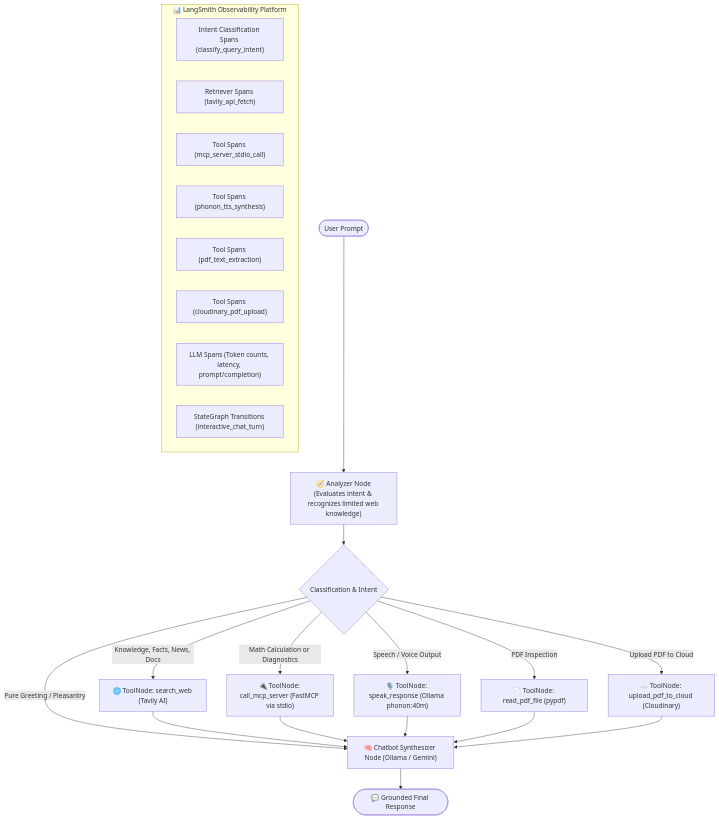
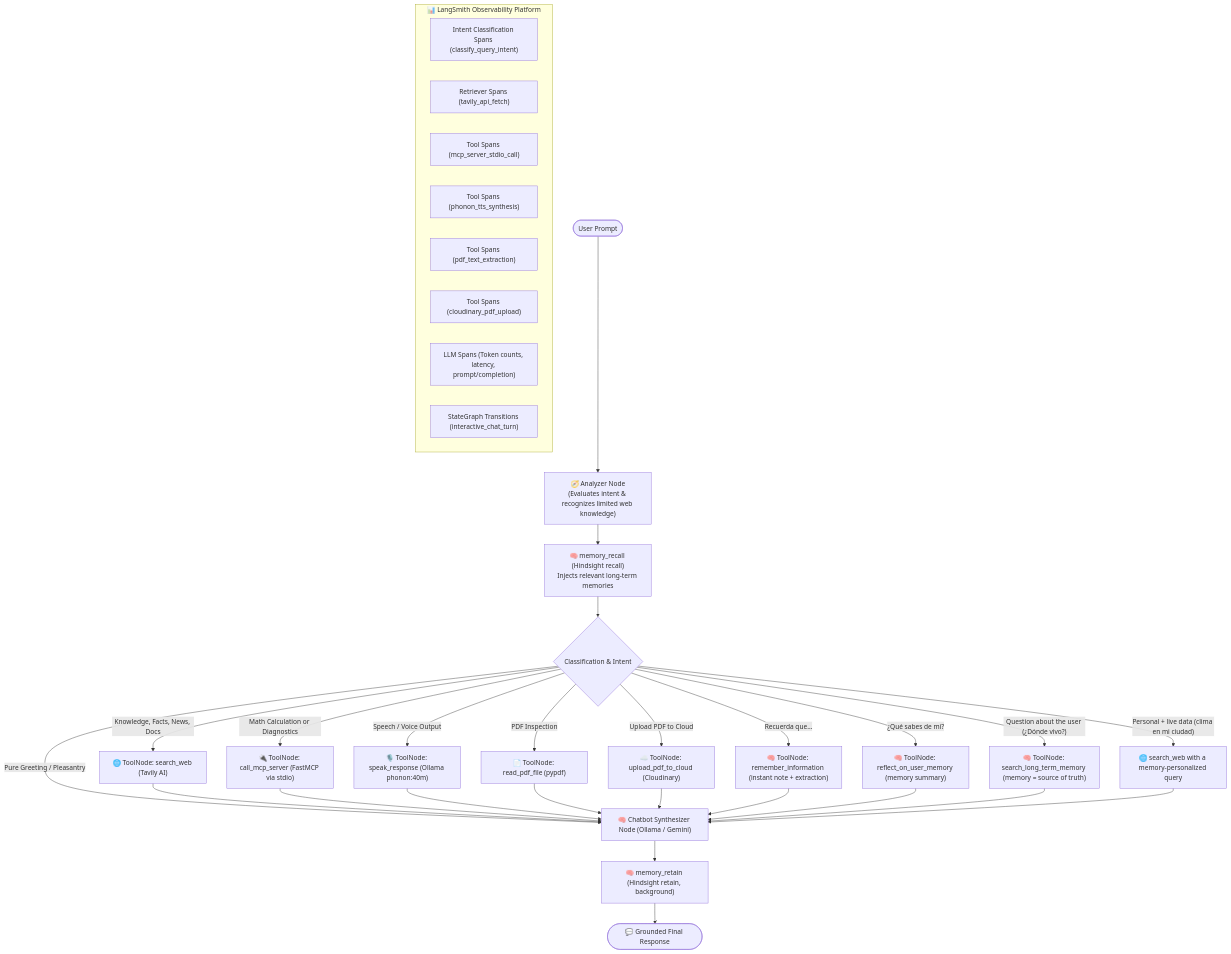
The diagram in README.md (maibarra0904/langchain-app), drawn with Mermaid before and after one commit. The commit also changed other lines of this file and 15 other files, not shown here.

Commit message:
feat(memory): integrate Hindsight long-term memory, session service, and test suite

````diff
--- a/README.md
+++ b/README.md
@@ -19,32 +20,42 @@
 ```mermaid
 flowchart TD
     START([User Prompt]) --> Analyzer["🧭 Analyzer Node\n(Evaluates intent & recognizes limited web knowledge)"]
 
-    Analyzer --> Decision{Classification & Intent}
+    Analyzer --> Recall["🧠 memory_recall (Hindsight recall)\nInjects relevant long-term memories"]
+    Recall --> Decision{Classification & Intent}
 
     Decision -->|Knowledge, Facts, News, Docs| ToolTavily["🌐 ToolNode: search_web (Tavily AI)"]
     Decision -->|Math Calculation or Diagnostics| ToolMCP["🔌 ToolNode: call_mcp_server (FastMCP via stdio)"]
     Decision -->|Speech / Voice Output| ToolVoice["🎙️ ToolNode: speak_response (Ollama phonon:40m)"]
     Decision -->|PDF Inspection| ToolPDF["📄 ToolNode: read_pdf_file (pypdf)"]
     Decision -->|Upload PDF to Cloud| ToolCloud["☁️ ToolNode: upload_pdf_to_cloud (Cloudinary)"]
+    Decision -->|"Recuerda que..."| ToolRemember["🧠 ToolNode: remember_information (instant note + extraction)"]
+    Decision -->|"¿Qué sabes de mí?"| ToolReflect["🧠 ToolNode: reflect_on_user_memory (memory summary)"]
+    Decision -->|"Question about the user (¿Dónde vivo?)"| ToolMemory["🧠 ToolNode: search_long_term_memory (memory = source of truth)"]
+    Decision -->|"Personal + live data (clima en mi ciudad)"| ToolPersonalWeb["🌐 search_web with a memory-personalized query"]
     Decision -->|Pure Greeting / Pleasantry| Chatbot["🧠 Chatbot Synthesizer Node (Ollama / Gemini)"]
 
     ToolTavily --> Chatbot
     ToolMCP --> Chatbot
     ToolVoice --> Chatbot
     ToolPDF --> Chatbot
     ToolCloud --> Chatbot
+    ToolRemember --> Chatbot
+    ToolReflect --> Chatbot
+    ToolMemory --> Chatbot
+    ToolPersonalWeb --> Chatbot
 
-    Chatbot --> END([💬 Grounded Final Response])
+    Chatbot --> Retain["🧠 memory_retain (Hindsight retain, background)"]
+    Retain --> END([💬 Grounded Final Response])
 
     subgraph Observability ["📊 LangSmith Observability Platform"]
         AnalyzerSpan["Intent Classification Spans (classify_query_intent)"]
         TavilySpan["Retriever Spans (tavily_api_fetch)"]
         MCPToolSpan["Tool Spans (mcp_server_stdio_call)"]
         VoiceSpan["Tool Spans (phonon_tts_synthesis)"]
         PDFSpan["Tool Spans (pdf_text_extraction)"]
         CloudinarySpan["Tool Spans (cloudinary_pdf_upload)"]
         LLMSpan["LLM Spans (Token counts, latency, prompt/completion)"]
         ChainSpan["StateGraph Transitions (interactive_chat_turn)"]
     end
 ```
````
